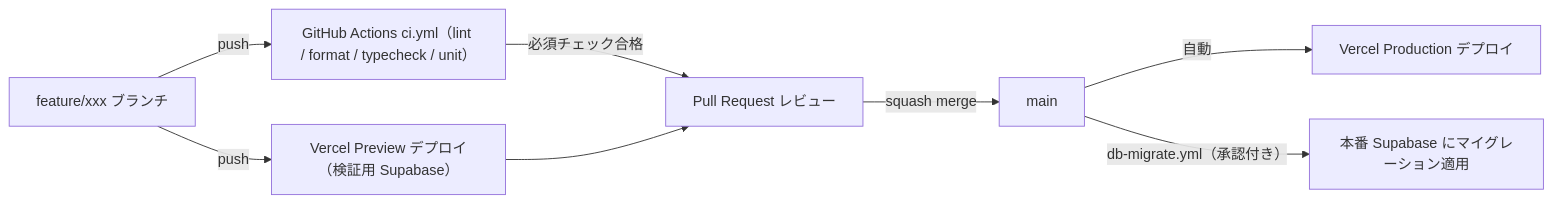
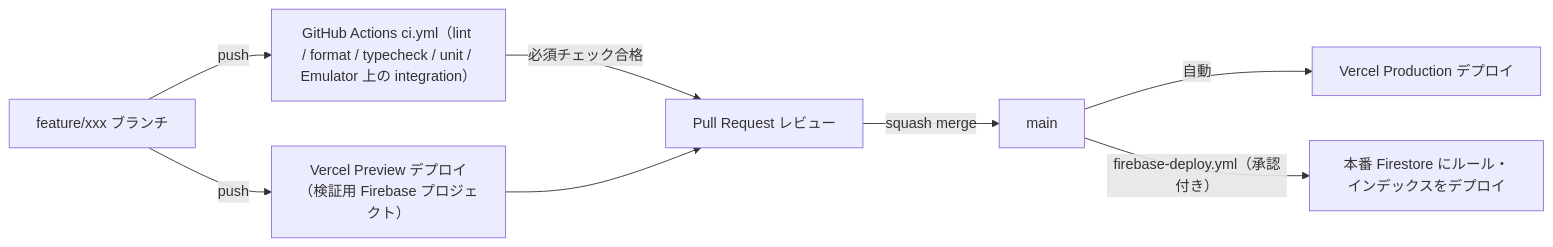
The sixth of 7 diagrams in docs/基本設計/01_システム構成.md (tanukichiyamaguchi/Tekisei-Kensa), drawn with Mermaid before and after one commit. The commit also changed other lines of this file and 2 other files, not shown here.

First line of the commit message:
作業中: 01・04・08 を Firebase 前提に改版（途中経過 2）

````diff
--- a/docs/基本設計/01_システム構成.md
+++ b/docs/基本設計/01_システム構成.md
@@ -724,10 +981,10 @@
 ```mermaid
 flowchart LR
-    F["feature/xxx ブランチ"] -->|"push"| CI["GitHub Actions ci.yml（lint / format / typecheck / unit）"]
-    F -->|"push"| PV["Vercel Preview デプロイ（検証用 Supabase）"]
+    F["feature/xxx ブランチ"] -->|"push"| CI["GitHub Actions ci.yml（lint / format / typecheck / unit / Emulator 上の integration）"]
+    F -->|"push"| PV["Vercel Preview デプロイ（検証用 Firebase プロジェクト）"]
     CI -->|"必須チェック合格"| PR["Pull Request レビュー"]
     PV --> PR
     PR -->|"squash merge"| M["main"]
     M -->|"自動"| PROD["Vercel Production デプロイ"]
-    M -->|"db-migrate.yml（承認付き）"| DB["本番 Supabase にマイグレーション適用"]
+    M -->|"firebase-deploy.yml（承認付き）"| FS["本番 Firestore にルール・インデックスをデプロイ"]
 ```
````
